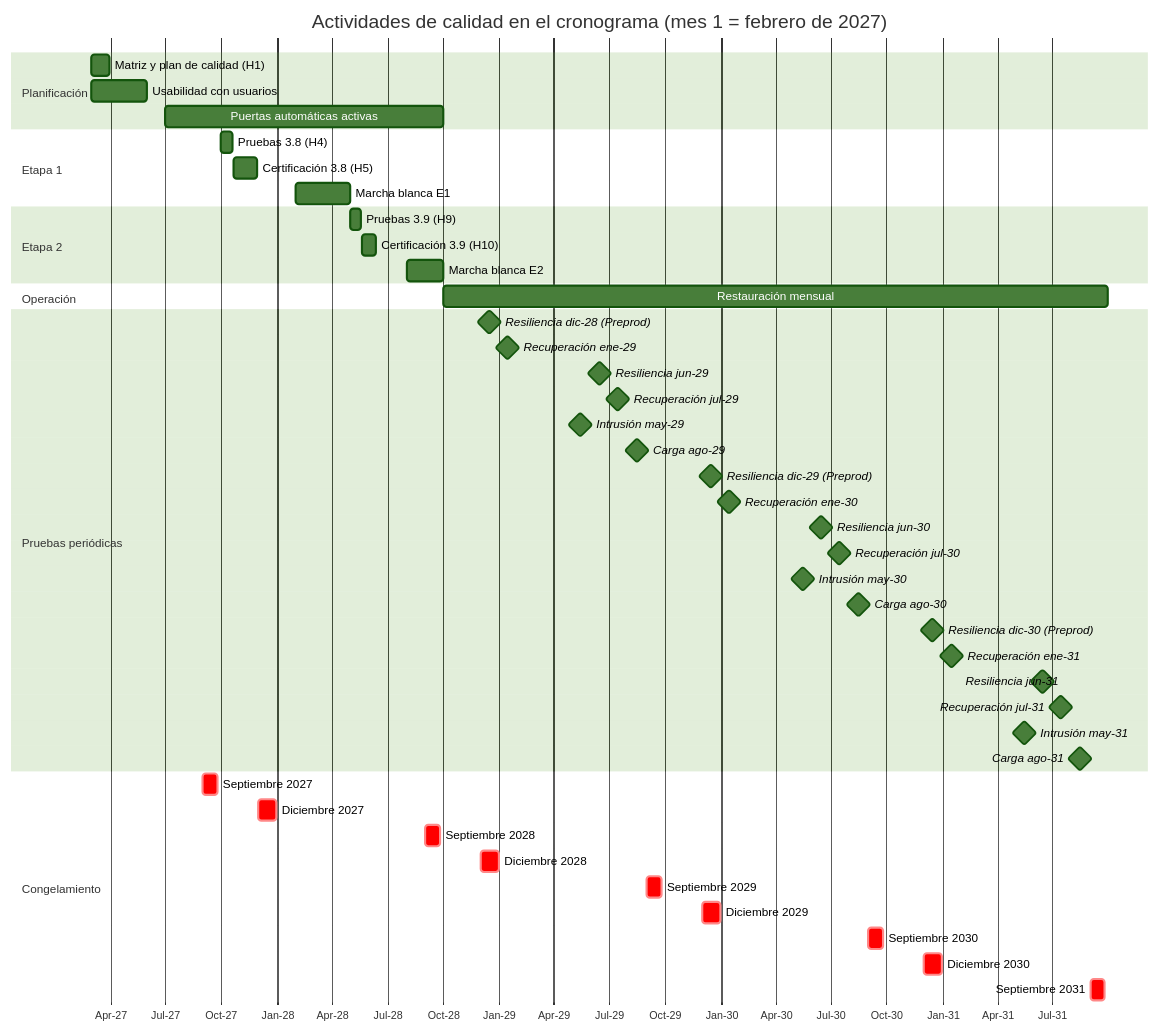
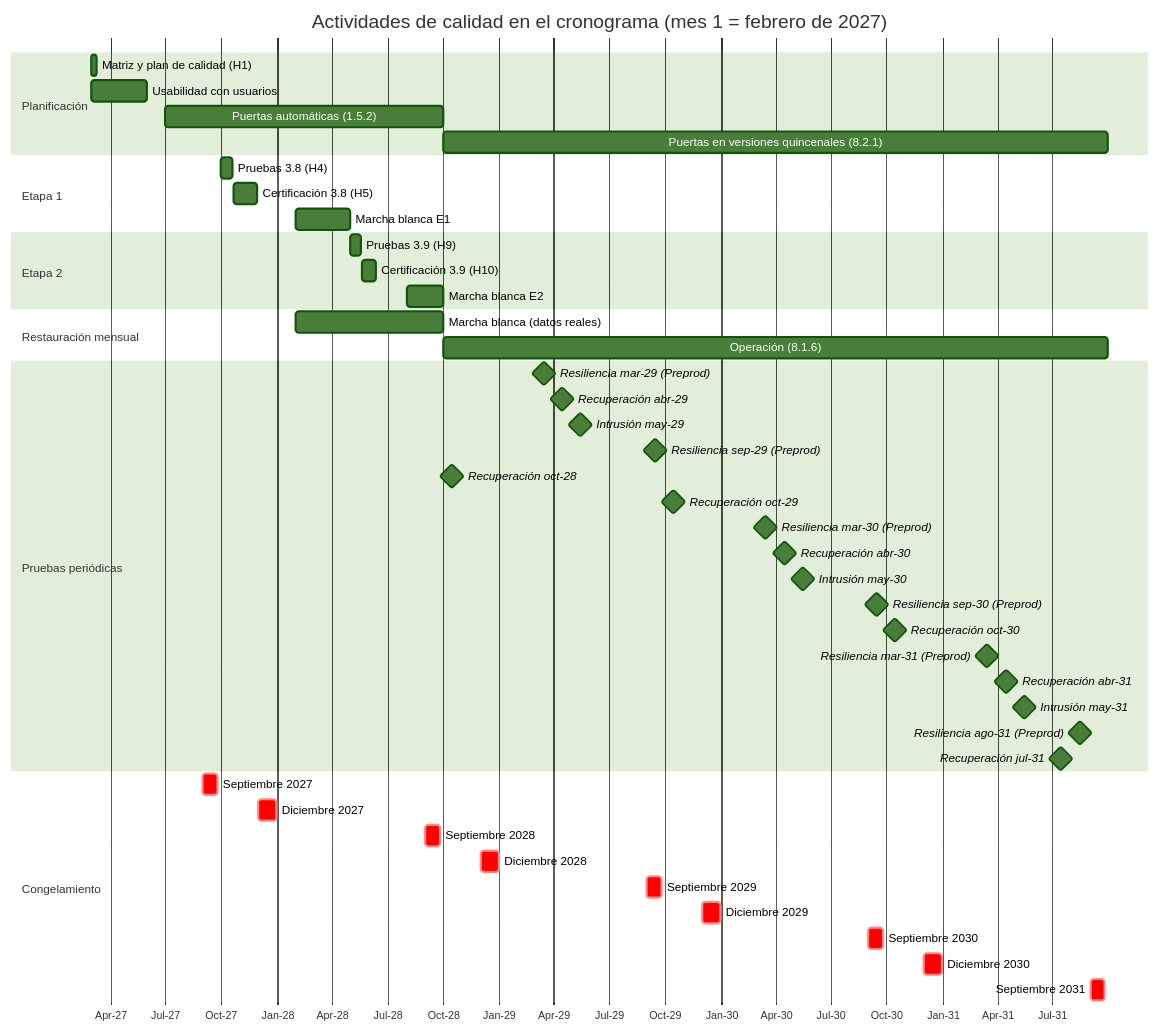
One commit to PatricioH315/LafroX changed the ninth of 10 diagrams in 09_plan_calidad/LAFROX-Subdocumento9.md. Above: the diagram before and after it, drawn with Mermaid (forest theme). The commit also changed other lines of this file and 18 other files, not shown here.

````diff
--- a/09_plan_calidad/LAFROX-Subdocumento9.md
+++ b/09_plan_calidad/LAFROX-Subdocumento9.md
@@ -468,49 +489,49 @@
 ```mermaid
 gantt
     title Actividades de calidad en el cronograma (mes 1 = febrero de 2027)
     dateFormat YYYY-MM-DD
     axisFormat %b-%y
     section Planificación
-    Matriz y plan de calidad (H1)          :2027-03-01, 2027-03-31
+    Matriz y plan de calidad (H1)          :2027-03-01, 2027-03-09
     Usabilidad con usuarios                :2027-03-01, 2027-05-31
-    Puertas automáticas activas            :2027-07-01, 2028-09-30
+    Puertas automáticas (1.5.2)            :2027-07-01, 2028-09-30
+    Puertas en versiones quincenales (8.2.1) :2028-10-01, 2031-09-30
     section Etapa 1
     Pruebas 3.8 (H4)                       :2027-10-01, 2027-10-20
     Certificación 3.8 (H5)                 :2027-10-21, 2027-11-29
     Marcha blanca E1                       :2028-02-01, 2028-04-30
     section Etapa 2
     Pruebas 3.9 (H9)                       :2028-05-01, 2028-05-18
     Certificación 3.9 (H10)                :2028-05-19, 2028-06-12
     Marcha blanca E2                       :2028-08-01, 2028-09-30
-    section Operación
-    Restauración mensual                   :2028-10-01, 2031-09-30
+    section Restauración mensual
+    Marcha blanca (datos reales)           :2028-02-01, 2028-09-30
+    Operación (8.1.6)                      :2028-10-01, 2031-09-30
     section Pruebas periódicas
-    Resiliencia dic-28 (Preprod)           :milestone, 2028-12-15, 0d
-    Recuperación ene-29                    :milestone, 2029-01-15, 0d
-    Resiliencia jun-29                     :milestone, 2029-06-15, 0d
-    Recuperación jul-29                    :milestone, 2029-07-15, 0d
+    Resiliencia mar-29 (Preprod)           :milestone, 2029-03-15, 0d
+    Recuperación abr-29                    :milestone, 2029-04-15, 0d
     Intrusión may-29                       :milestone, 2029-05-15, 0d
-    Carga ago-29                           :milestone, 2029-08-15, 0d
-    Resiliencia dic-29 (Preprod)           :milestone, 2029-12-15, 0d
-    Recuperación ene-30                    :milestone, 2030-01-15, 0d
-    Resiliencia jun-30                     :milestone, 2030-06-15, 0d
-    Recuperación jul-30                    :milestone, 2030-07-15, 0d
+    Resiliencia sep-29 (Preprod)           :milestone, 2029-09-15, 0d
+    Recuperación oct-28                    :milestone, 2028-10-15, 0d
+    Recuperación oct-29                    :milestone, 2029-10-15, 0d
+    Resiliencia mar-30 (Preprod)           :milestone, 2030-03-15, 0d
+    Recuperación abr-30                    :milestone, 2030-04-15, 0d
     Intrusión may-30                       :milestone, 2030-05-15, 0d
-    Carga ago-30                           :milestone, 2030-08-15, 0d
-    Resiliencia dic-30 (Preprod)           :milestone, 2030-12-15, 0d
-    Recuperación ene-31                    :milestone, 2031-01-15, 0d
-    Resiliencia jun-31                     :milestone, 2031-06-15, 0d
+    Resiliencia sep-30 (Preprod)           :milestone, 2030-09-15, 0d
+    Recuperación oct-30                    :milestone, 2030-10-15, 0d
+    Resiliencia mar-31 (Preprod)           :milestone, 2031-03-15, 0d
+    Recuperación abr-31                    :milestone, 2031-04-15, 0d
+    Intrusión may-31                       :milestone, 2031-05-15, 0d
+    Resiliencia ago-31 (Preprod)           :milestone, 2031-08-15, 0d
     Recuperación jul-31                    :milestone, 2031-07-15, 0d
-    Intrusión may-31                       :milestone, 2031-05-15, 0d
-    Carga ago-31                           :milestone, 2031-08-15, 0d
     section Congelamiento
     Septiembre 2027                        :crit, 2027-09-01, 2027-09-25
     Diciembre 2027                         :crit, 2027-12-01, 2027-12-31
     Septiembre 2028                        :crit, 2028-09-01, 2028-09-25
     Diciembre 2028                         :crit, 2028-12-01, 2028-12-31
     Septiembre 2029                        :crit, 2029-09-01, 2029-09-25
     Diciembre 2029                         :crit, 2029-12-01, 2029-12-31
     Septiembre 2030                        :crit, 2030-09-01, 2030-09-25
     Diciembre 2030                         :crit, 2030-12-01, 2030-12-31
     Septiembre 2031                        :crit, 2031-09-01, 2031-09-25
 ```
````
